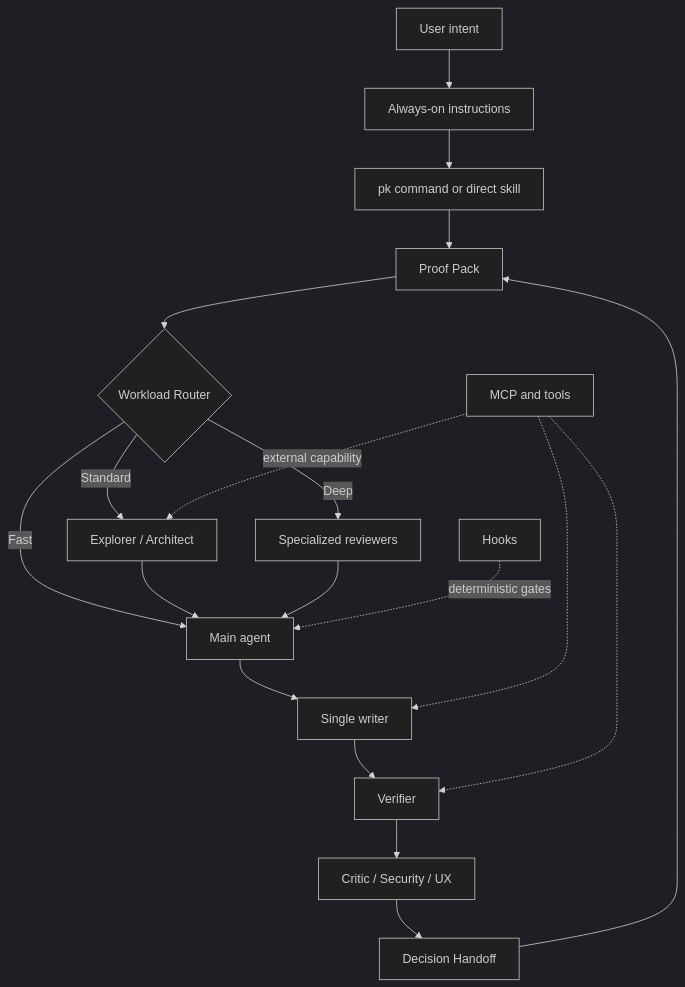
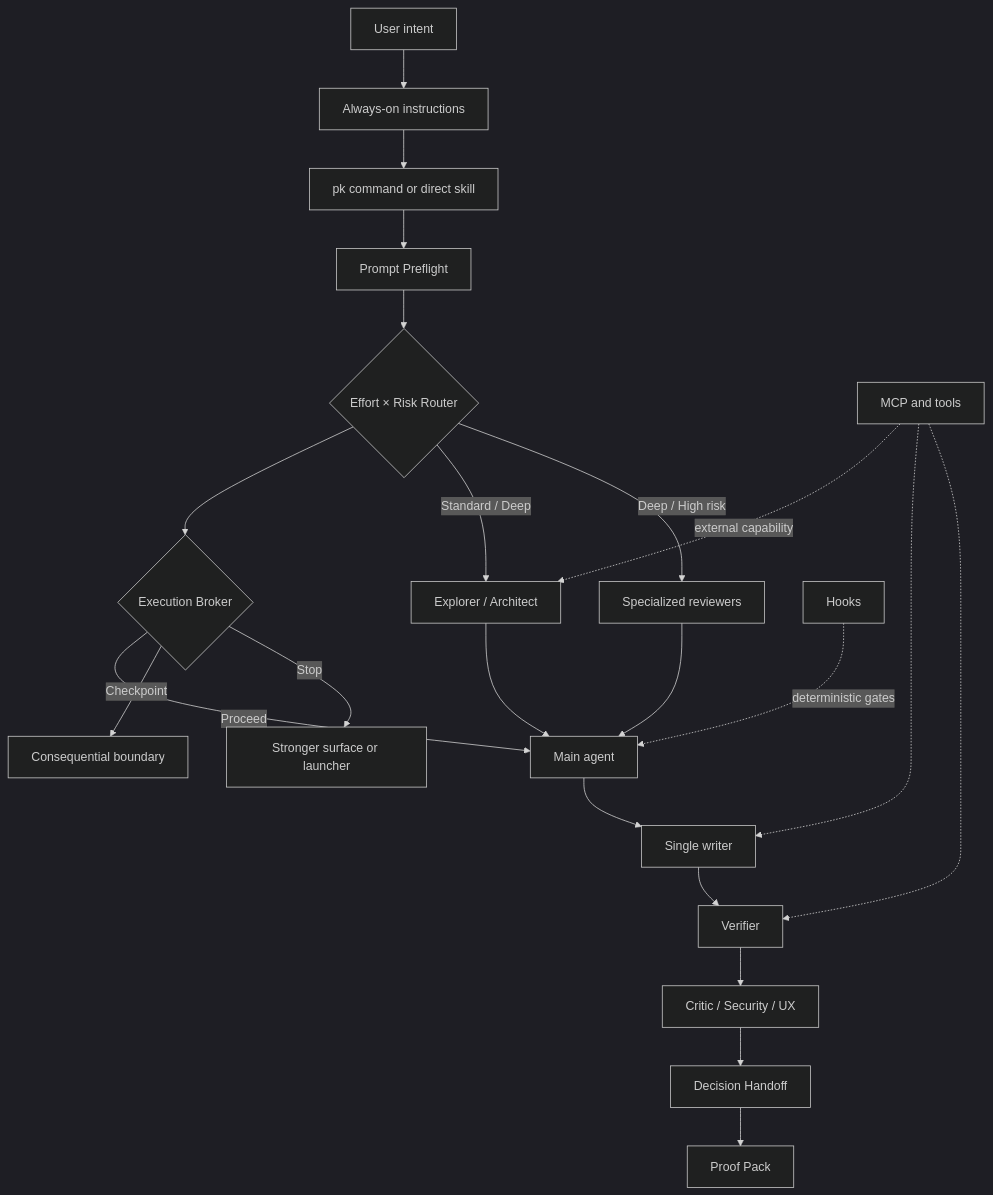
The diagram in docs/ARCHITECTURE.md (tyreamer/ai-engineering-powerkit), drawn with Mermaid (dark theme) before and after one commit. The commit also changed other lines of this file and 45 other files, not shown here.

Commit message:
Add platform-aware execution broker

````diff
--- a/docs/ARCHITECTURE.md
+++ b/docs/ARCHITECTURE.md
@@ -106,21 +113,24 @@
 ```mermaid
 flowchart TB
     U[User intent] --> I[Always-on instructions]
     I --> K[pk command or direct skill]
-    K --> P[Prompt Preflight]
-    P --> R{Workload Router}
-    R -->|Fast| M[Main agent]
-    R -->|Standard| E[Explorer / Architect]
-    R -->|Deep| S[Specialized reviewers]
+    K --> PF[Prompt Preflight]
+    PF --> R{Effort × Risk Router}
+    R --> B{Execution Broker}
+    B -->|Proceed| M[Main agent]
+    B -->|Checkpoint| Q[Consequential boundary]
+    B -->|Stop| Z[Stronger surface or launcher]
+    R -->|Standard / Deep| E[Explorer / Architect]
+    R -->|Deep / High risk| S[Specialized reviewers]
     E --> M
     S --> M
     M --> W[Single writer]
     W --> V[Verifier]
     V --> C[Critic / Security / UX]
     C --> H[Decision Handoff]
-    H --> P[Proof Pack]
+    H --> PP[Proof Pack]
     X[Hooks] -. deterministic gates .-> M
     T[MCP and tools] -. external capability .-> E
     T -.-> W
     T -.-> V
 ```
````
